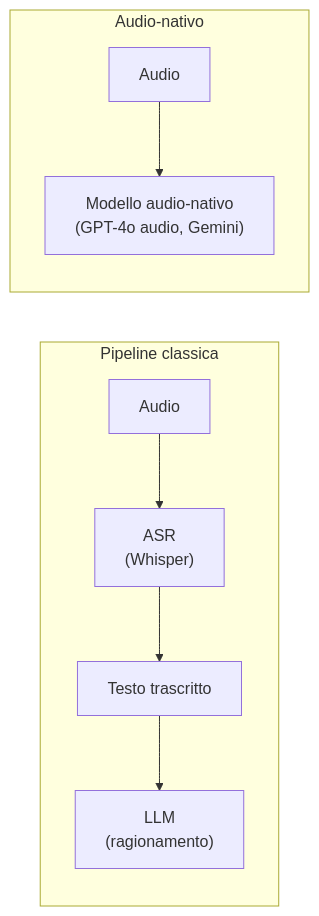
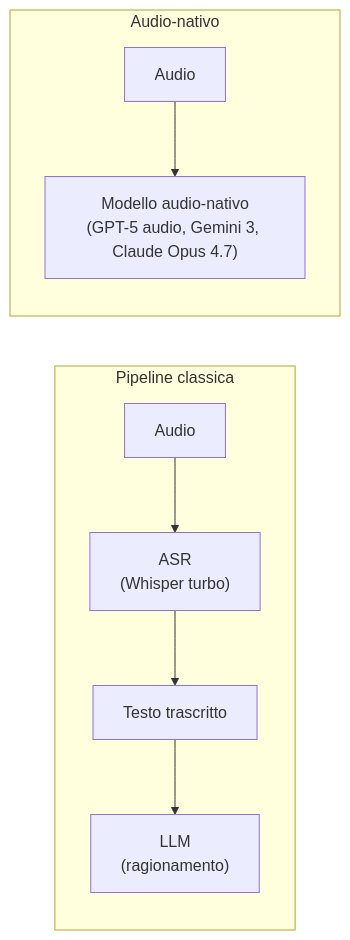
One commit to federicoinzirillo/playbook changed the diagram in docs/multimodal/audio.md. Above: the diagram before and after it, drawn with Mermaid. The commit also changed other lines of this file and 29 other files, not shown here.

````diff
--- a/docs/multimodal/audio.md
+++ b/docs/multimodal/audio.md
@@ -68,11 +68,11 @@
 ```mermaid
 flowchart LR
   subgraph Pipeline classica
-    A["Audio"] --> B["ASR\n(Whisper)"]
+    A["Audio"] --> B["ASR\n(Whisper turbo)"]
     B --> C["Testo trascritto"]
     C --> D["LLM\n(ragionamento)"]
   end
   subgraph Audio-nativo
-    E["Audio"] --> F["Modello audio-nativo\n(GPT-4o audio, Gemini)"]
+    E["Audio"] --> F["Modello audio-nativo\n(GPT-5 audio, Gemini 3, Claude Opus 4.7)"]
   end
 ```
````
